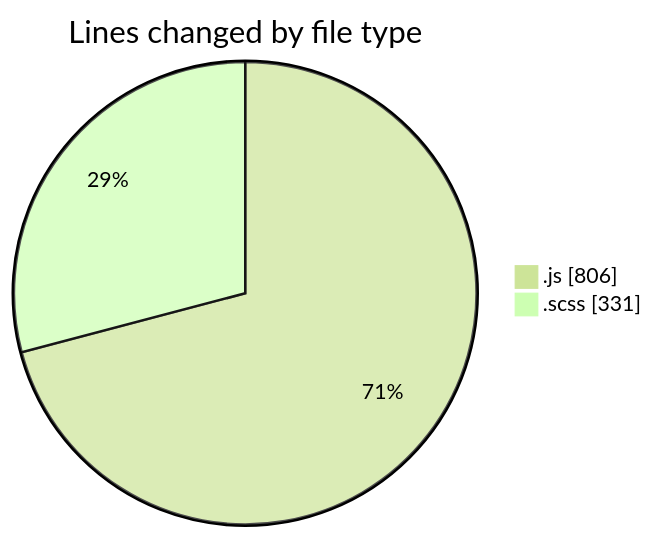
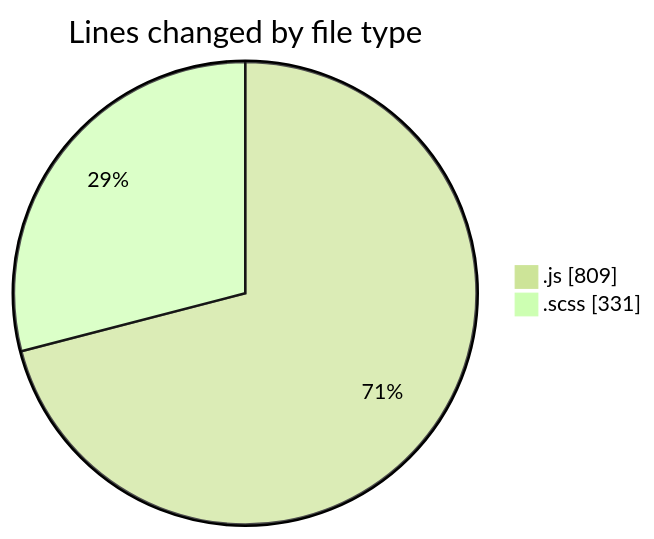
The first of 2 diagrams in 2026-01-05/cda/README.md (momahboobian/code-tracking), drawn with Mermaid (forest theme) before and after one commit. The commit also changed other lines of this file and 1 other file, not shown here.

````diff
--- a/2026-01-05/cda/README.md
+++ b/2026-01-05/cda/README.md
@@ -26,6 +26,6 @@
 ```mermaid
 pie showData
 title Lines changed by file type
-".js" : 806
+".js" : 809
 ".scss" : 331
 ```
````
